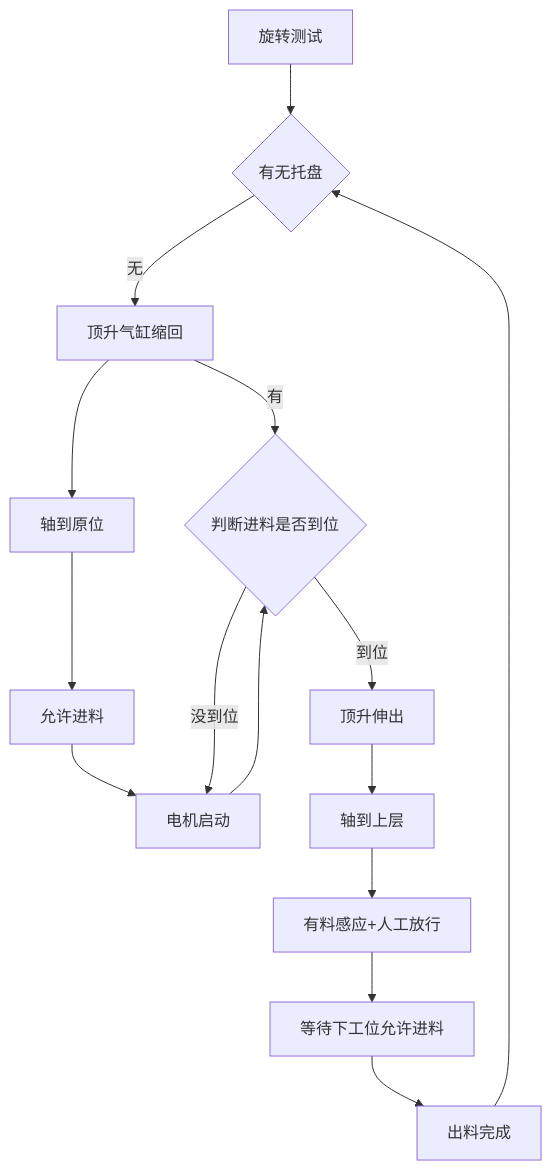
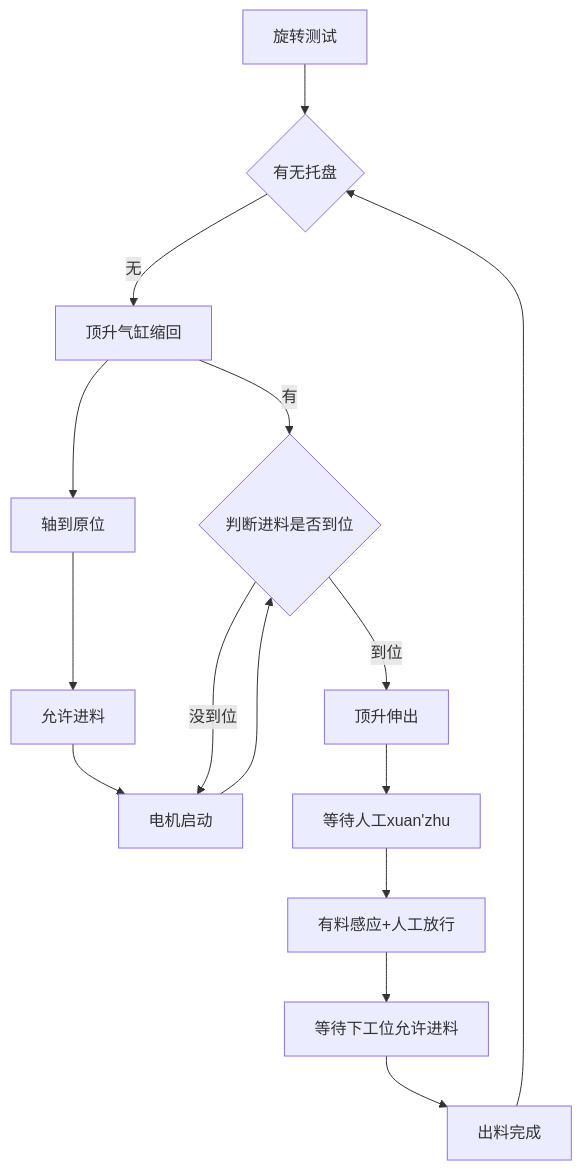
The diagram in all/旋转测试台.md (PengKun1/iodraw-files), drawn with Mermaid before and after one commit.

Commit message:
2024-12-23 16:23:35 update

````diff
--- a/all/旋转测试台.md
+++ b/all/旋转测试台.md
@@ -1,17 +1,17 @@
 ```mermaid
 graph TD
 0[旋转测试]-->10
 10{有无托盘}-->|无|20
 20-->|有|50
 20[顶升气缸缩回]-->30
 30[轴到原位]-->40
 40[允许进料]-->45
 45[电机启动]-->50
 50{判断进料是否到位}-->|到位|60 
 50-->|没到位|45
 60[顶升伸出]-->70
-70[轴到上层]-->80
+70[等待人工xuan'zhu]-->80
 80[有料感应+人工放行]-->90
 90[等待下工位允许进料]-->100
 100[出料完成]-->10
 ```
````
